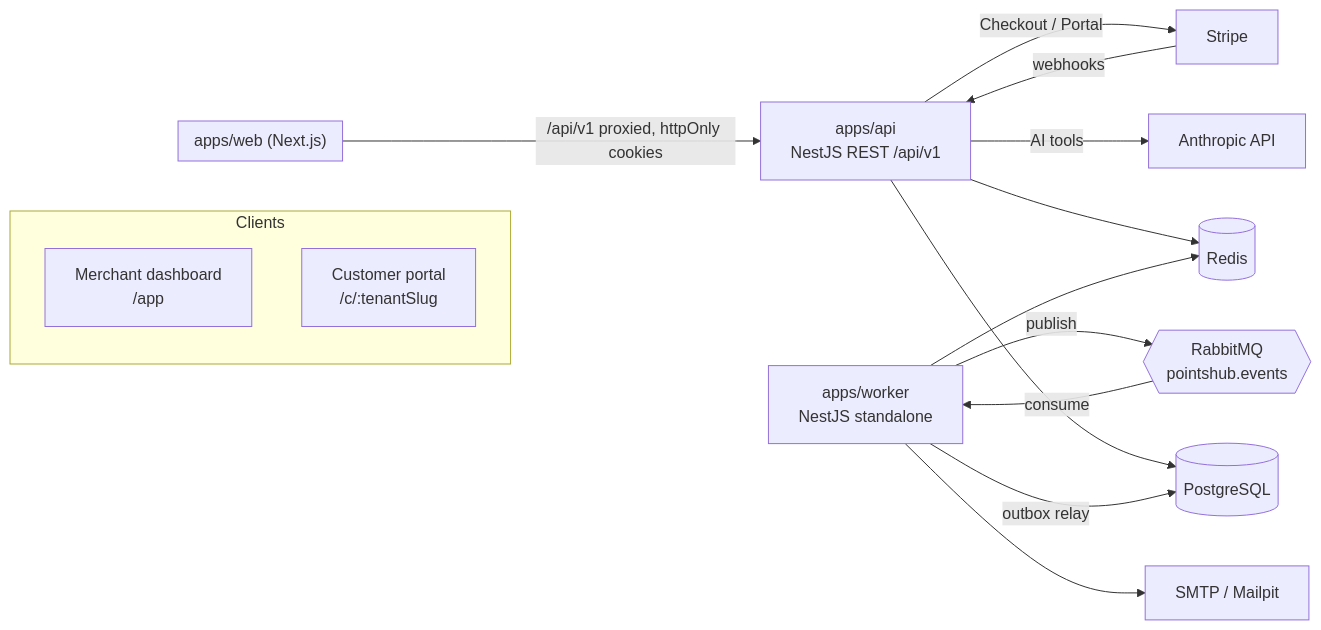
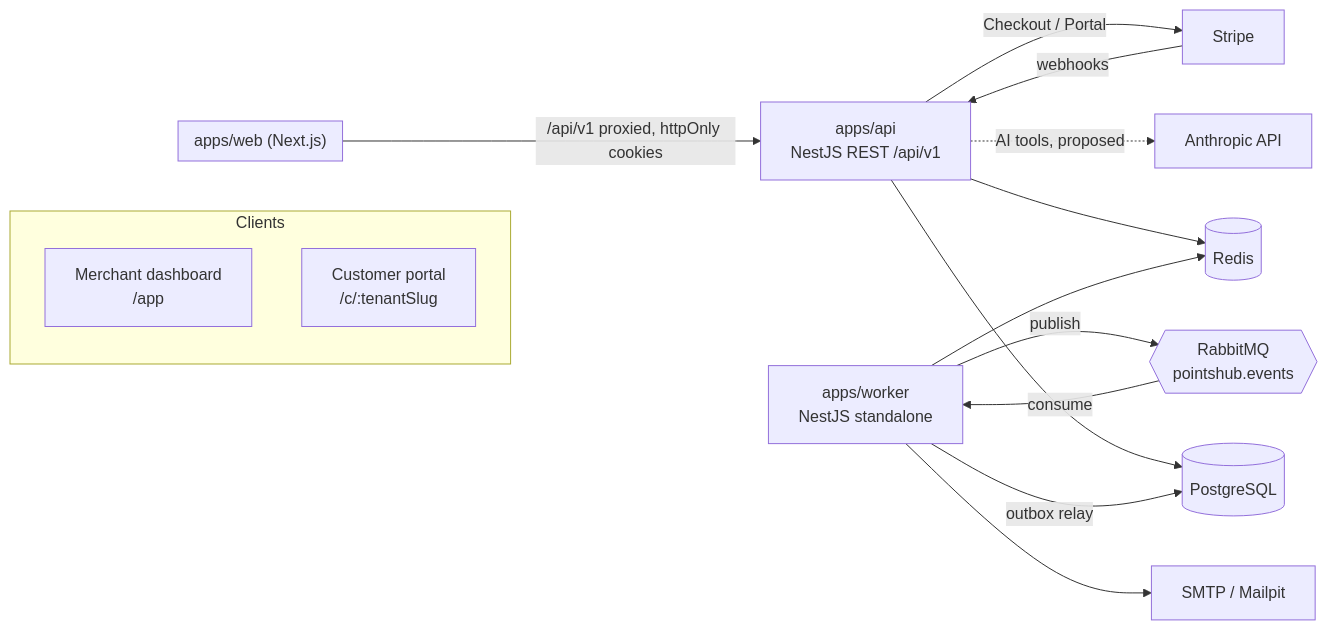
One commit to lavitsamson/pointshub-loyalty-saas changed the first of 2 diagrams in docs/ARCHITECTURE.md. Above: the diagram before and after it, drawn with Mermaid. The commit also changed other lines of this file and 6 other files, not shown here.

````diff
--- a/docs/ARCHITECTURE.md
+++ b/docs/ARCHITECTURE.md
@@ -5,33 +5,33 @@
 ```mermaid
 flowchart LR
   subgraph Clients
     M[Merchant dashboard<br/>/app]
     C[Customer portal<br/>/c/:tenantSlug]
   end
 
   subgraph Web["apps/web (Next.js)"]
     M
     C
   end
 
   API["apps/api<br/>NestJS REST /api/v1"]
   W["apps/worker<br/>NestJS standalone"]
   PG[(PostgreSQL)]
   R[(Redis)]
   MQ{{RabbitMQ<br/>pointshub.events}}
   MAIL[SMTP / Mailpit]
   STRIPE[Stripe]
   LLM[Anthropic API]
 
   Web -->|/api/v1 proxied, httpOnly cookies| API
   API --> PG
   API --> R
-  API -->|AI tools| LLM
+  API -.->|AI tools, proposed| LLM
   STRIPE -->|webhooks| API
   API -->|Checkout / Portal| STRIPE
   W -->|outbox relay| PG
   W -->|publish| MQ
   MQ -->|consume| W
   W --> MAIL
   W --> R
 ```
````
